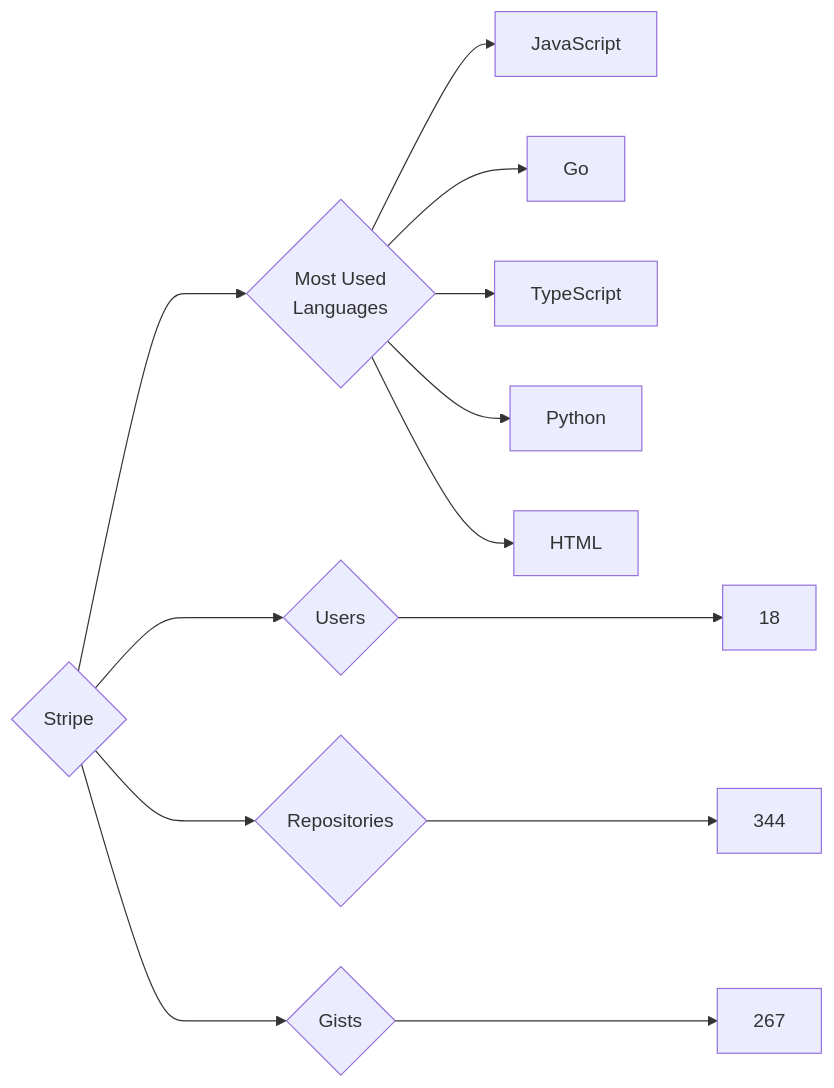
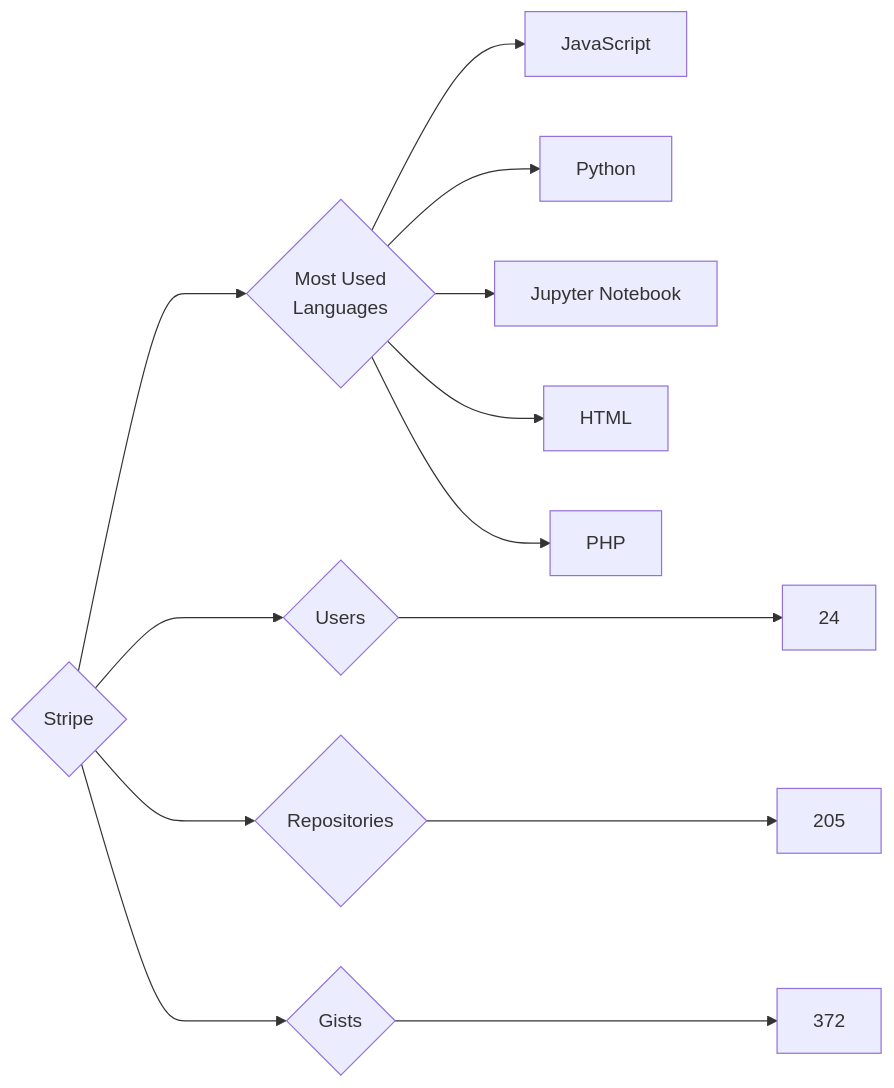
The diagram in targets/Stripe/README.md (trickest/insiders), drawn with Mermaid before and after one commit. The commit also changed 748 other files, not shown here.

````diff
--- a/targets/Stripe/README.md
+++ b/targets/Stripe/README.md
@@ -3,13 +3,13 @@
 ```mermaid
 graph LR
 COMPANY_NAME{Stripe}
-COMPANY_NAME ---> U{Users} ---> UN[18]
-COMPANY_NAME ---> R{Repositories} ---> RN[344]
-COMPANY_NAME ---> G{Gists} ---> GN[267]
+COMPANY_NAME ---> U{Users} ---> UN[24]
+COMPANY_NAME ---> R{Repositories} ---> RN[205]
+COMPANY_NAME ---> G{Gists} ---> GN[372]
 COMPANY_NAME ---> ML{Most Used<br>Languages}
 ML --> JavaScript[JavaScript]
-ML --> Go[Go]
-ML --> TypeScript[TypeScript]
 ML --> Python[Python]
+ML --> Jupyter_Notebook[Jupyter Notebook]
 ML --> HTML[HTML]
+ML --> PHP[PHP]
 ```
````
